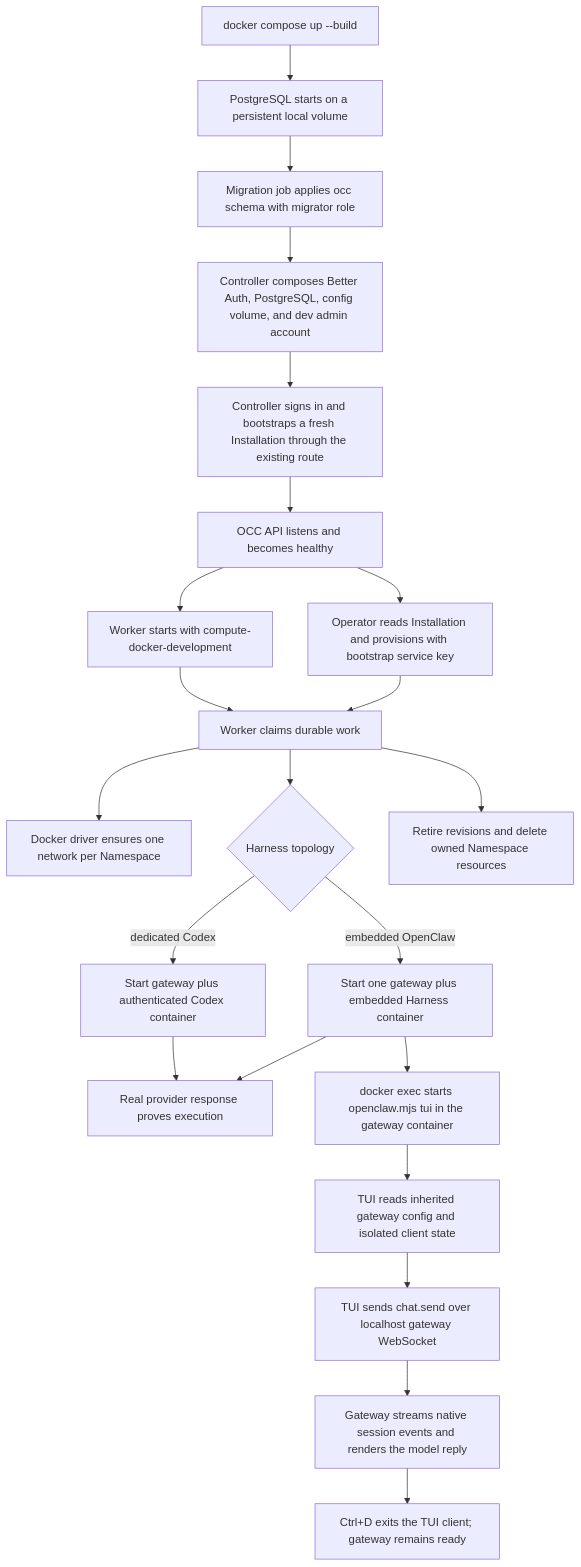
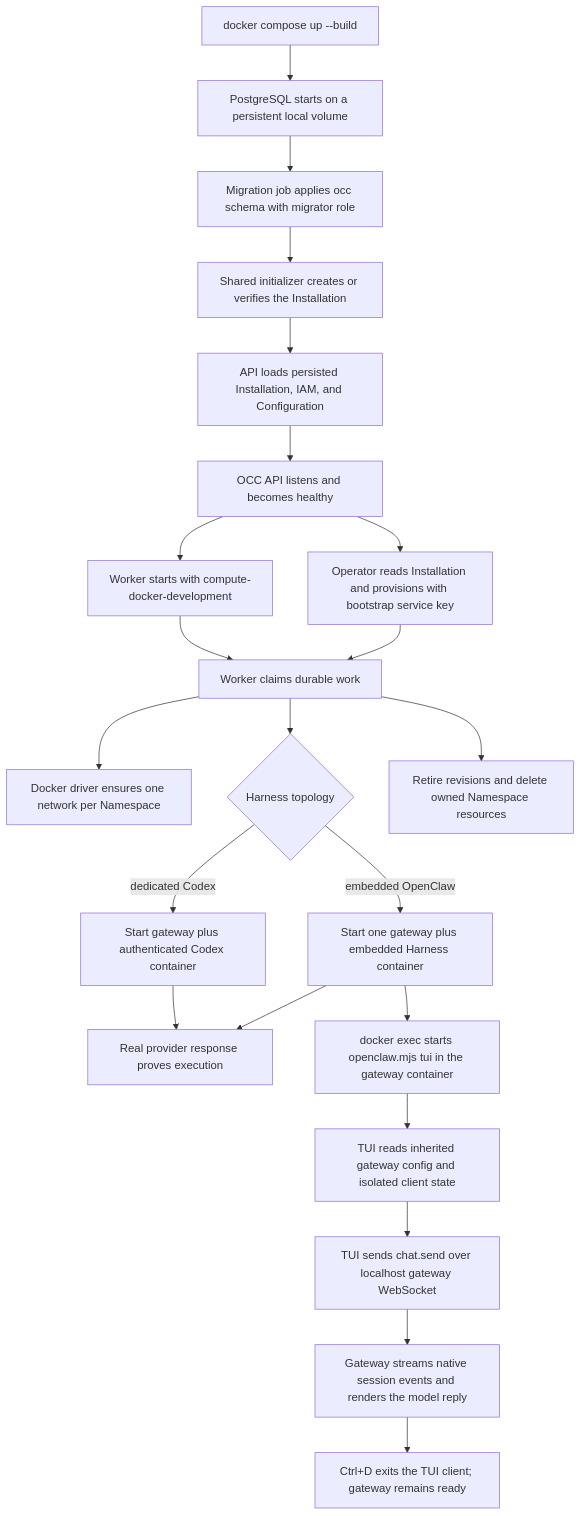
Before and after one commit to IsaiahStapleton/openclaw-enterprise: the diagram in docs/flows/docker-compose-development.md, drawn with Mermaid. The commit also changed other lines of this file and 41 other files, not shown here.

````diff
--- a/docs/flows/docker-compose-development.md
+++ b/docs/flows/docker-compose-development.md
@@ -43,24 +43,24 @@
 ```mermaid
 graph TD
   A["docker compose up --build"] --> B["PostgreSQL starts on a persistent local volume"]
   B --> C["Migration job applies occ schema with migrator role"]
-  C --> D["Controller composes Better Auth, PostgreSQL, config volume, and dev admin account"]
-  D --> E["Controller signs in and bootstraps a fresh Installation through the existing route"]
+  C --> D["Shared initializer creates or verifies the Installation"]
+  D --> E["API loads persisted Installation, IAM, and Configuration"]
   E --> F["OCC API listens and becomes healthy"]
   F --> G["Worker starts with compute-docker-development"]
   F --> H["Operator reads Installation and provisions with bootstrap service key"]
   H --> I
   G --> I["Worker claims durable work"]
   I --> J["Docker driver ensures one network per Namespace"]
   I --> K{"Harness topology"}
   K -->|embedded OpenClaw| L["Start one gateway plus embedded Harness container"]
   K -->|dedicated Codex| M["Start gateway plus authenticated Codex container"]
   L --> N["Real provider response proves execution"]
   M --> N
   L --> O["docker exec starts openclaw.mjs tui in the gateway container"]
   O --> P["TUI reads inherited gateway config and isolated client state"]
   P --> Q["TUI sends chat.send over localhost gateway WebSocket"]
   Q --> R["Gateway streams native session events and renders the model reply"]
   R --> S["Ctrl+D exits the TUI client; gateway remains ready"]
   I --> T["Retire revisions and delete owned Namespace resources"]
 ```
````
